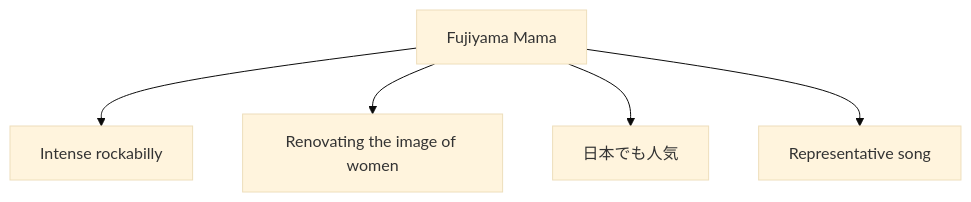
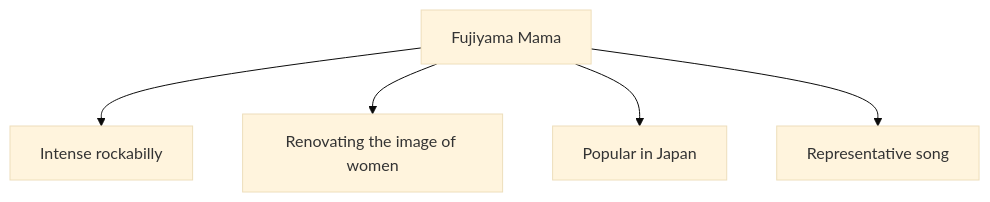
The fourth of 11 diagrams in en/_posts/2026-05-16-column-wanda-jackson.md (monumental-movement/monumental-movement.github.io), drawn with Mermaid (base theme) before and after one commit. The commit also changed other lines of this file and 851 other files, not shown here.

```diff
--- a/en/_posts/2026-05-16-column-wanda-jackson.md
+++ b/en/_posts/2026-05-16-column-wanda-jackson.md
@@ -124,7 +124,7 @@
 <div class="mermaid">
 graph TD
 A["Fujiyama Mama"] --> B["Intense rockabilly"]
 A --> C["Renovating the image of women"]
-A --> D["日本でも人気"]
+A --> D["Popular in Japan"]
 A --> E["Representative song"]
 </div>
```
